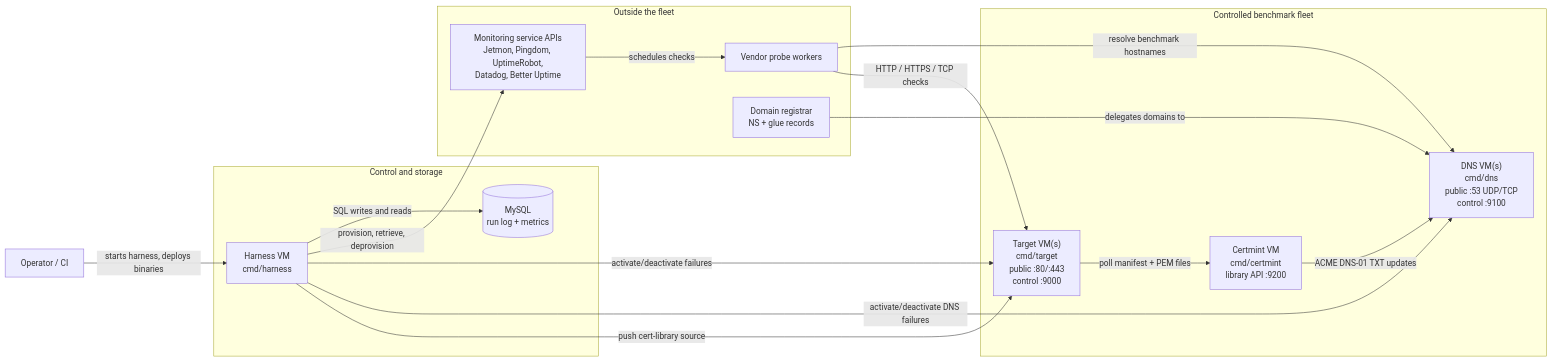
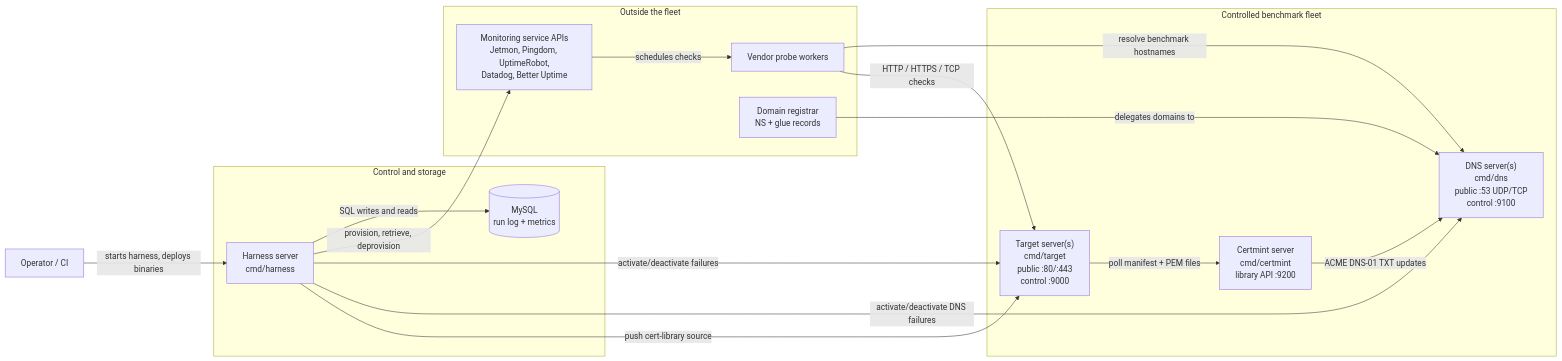
Before and after one commit to Automattic/uptime-bench: the diagram in docs/fleet-overview.md, drawn with Mermaid. The commit also changed other lines of this file and 6 other files, not shown here.

````diff
--- a/docs/fleet-overview.md
+++ b/docs/fleet-overview.md
@@ -9,36 +9,36 @@
 ```mermaid
 flowchart LR
   Operator["Operator / CI"]
 
   subgraph Control["Control and storage"]
-    Harness["Harness VM<br/>cmd/harness"]
+    Harness["Harness server<br/>cmd/harness"]
     DB[("MySQL<br/>run log + metrics")]
   end
 
   subgraph Fleet["Controlled benchmark fleet"]
-    Target["Target VM(s)<br/>cmd/target<br/>public :80/:443<br/>control :9000"]
-    DNS["DNS VM(s)<br/>cmd/dns<br/>public :53 UDP/TCP<br/>control :9100"]
-    Certmint["Certmint VM<br/>cmd/certmint<br/>library API :9200"]
+    Target["Target server(s)<br/>cmd/target<br/>public :80/:443<br/>control :9000"]
+    DNS["DNS server(s)<br/>cmd/dns<br/>public :53 UDP/TCP<br/>control :9100"]
+    Certmint["Certmint server<br/>cmd/certmint<br/>library API :9200"]
   end
 
   subgraph External["Outside the fleet"]
     VendorAPI["Monitoring service APIs<br/>Jetmon, Pingdom, UptimeRobot,<br/>Datadog, Better Uptime"]
     Probes["Vendor probe workers"]
     Registrar["Domain registrar<br/>NS + glue records"]
   end
 
   Operator -->|"starts harness, deploys binaries"| Harness
   Harness -->|"SQL writes and reads"| DB
   Harness -->|"provision, retrieve, deprovision"| VendorAPI
   Harness -->|"activate/deactivate failures"| Target
   Harness -->|"activate/deactivate DNS failures"| DNS
   Harness -->|"push cert-library source"| Target
 
   VendorAPI -->|"schedules checks"| Probes
   Probes -->|"resolve benchmark hostnames"| DNS
   Probes -->|"HTTP / HTTPS / TCP checks"| Target
 
   Registrar -->|"delegates domains to"| DNS
   Certmint -->|"ACME DNS-01 TXT updates"| DNS
   Target -->|"poll manifest + PEM files"| Certmint
 ```
````
